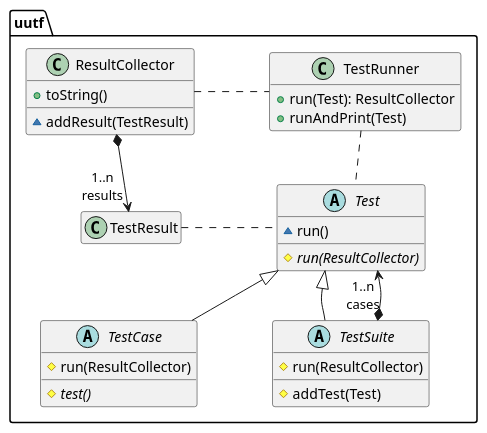
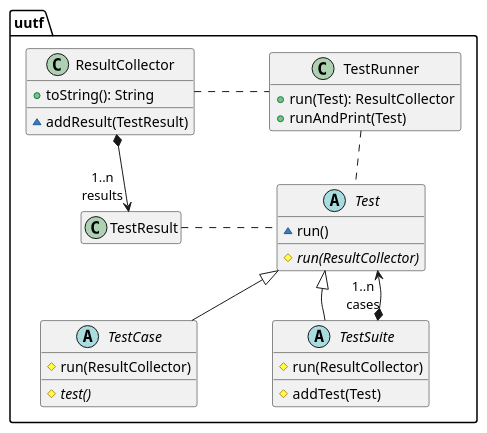
Before and after one commit to ace-lectures/inf5153-junit-demo: the diagram in docs/uml/4_test_composite_zoom.puml, drawn with PlantUML. The commit also changed 24 other files, not shown here.

```diff
--- a/docs/uml/4_test_composite_zoom.puml
+++ b/docs/uml/4_test_composite_zoom.puml
@@ -1,56 +1,56 @@
 @startuml
 
 skinparam nodesep 75
 skinparam ranksep 50
 hide empty members
 
 
 
 package uutf {
 
 
   abstract class Test {
     ~ run()
     __
     # {abstract} run(ResultCollector)
   }
 
   abstract class TestCase {
     # run(ResultCollector)
     __
     # {abstract} test()
   }
 
   abstract class TestSuite {
     # run(ResultCollector)
     __
     # addTest(Test)
   }
 
   TestSuite *--> "1..n\ncases" Test
 
   class TestRunner {
     + run(Test): ResultCollector
     + runAndPrint(Test)
   }
 
   ResultCollector . TestRunner
 
   TestRunner .. Test
 
   Test <|-- TestCase
   Test <|-- TestSuite
 
   class ResultCollector {
-    + toString()
+    + toString(): String
     __
     ~ addResult(TestResult)
   }
 
   ResultCollector *--> "1..n\nresults" TestResult
   TestResult . Test
 
 }
 
 
 @enduml
```
